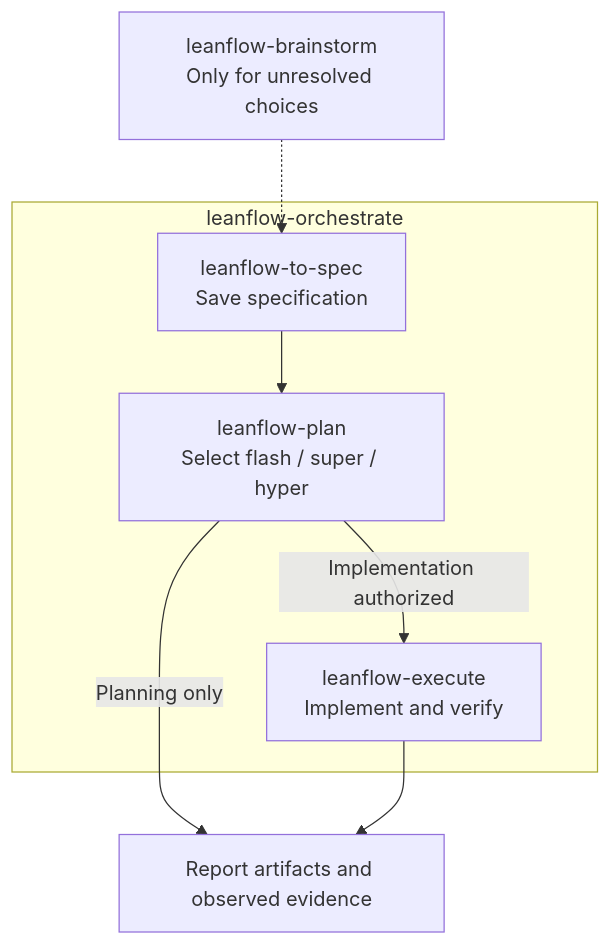
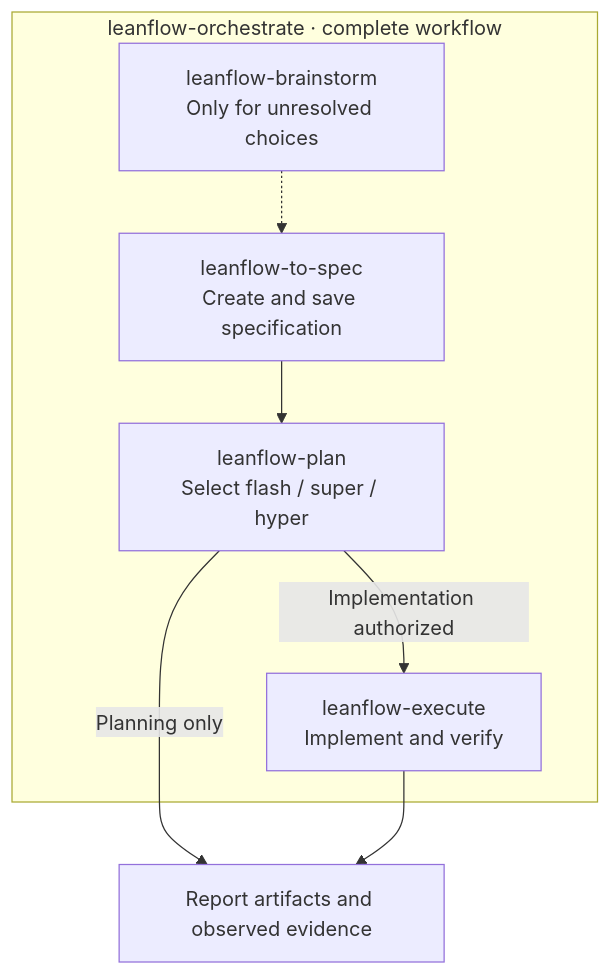
Before and after one commit to rizariaputrawira/LeanFlow: the diagram in README.md, drawn with Mermaid. The commit also changed other lines of this file, not shown here.

Commit message:
docs(readme): clarify orchestrate runs full workflow

````diff
--- a/README.md
+++ b/README.md
@@ -130,19 +140,18 @@
 ```mermaid
 flowchart TD
     accTitle: LeanFlow orchestration workflow
     accDescr: Brainstorm unresolved choices when needed, save a specification, then plan at the appropriate depth. Execute and verify only with implementation permission; otherwise return the specification and plan.
 
-    brainstorm["leanflow-brainstorm<br/>Only for unresolved choices"] -.-> specification
-
-    subgraph orchestration["leanflow-orchestrate"]
-        specification["leanflow-to-spec<br/>Save specification"]
+    subgraph orchestration["leanflow-orchestrate · complete workflow"]
+        brainstorm["leanflow-brainstorm<br/>Only for unresolved choices"] -.-> specification
+        specification["leanflow-to-spec<br/>Create and save specification"]
         plan["leanflow-plan<br/>Select flash / super / hyper"]
         execute["leanflow-execute<br/>Implement and verify"]
 
         specification --> plan
         plan -->|Implementation authorized| execute
     end
 
     plan -->|Planning only| report["Report artifacts and observed evidence"]
     execute --> report
 ```
````
